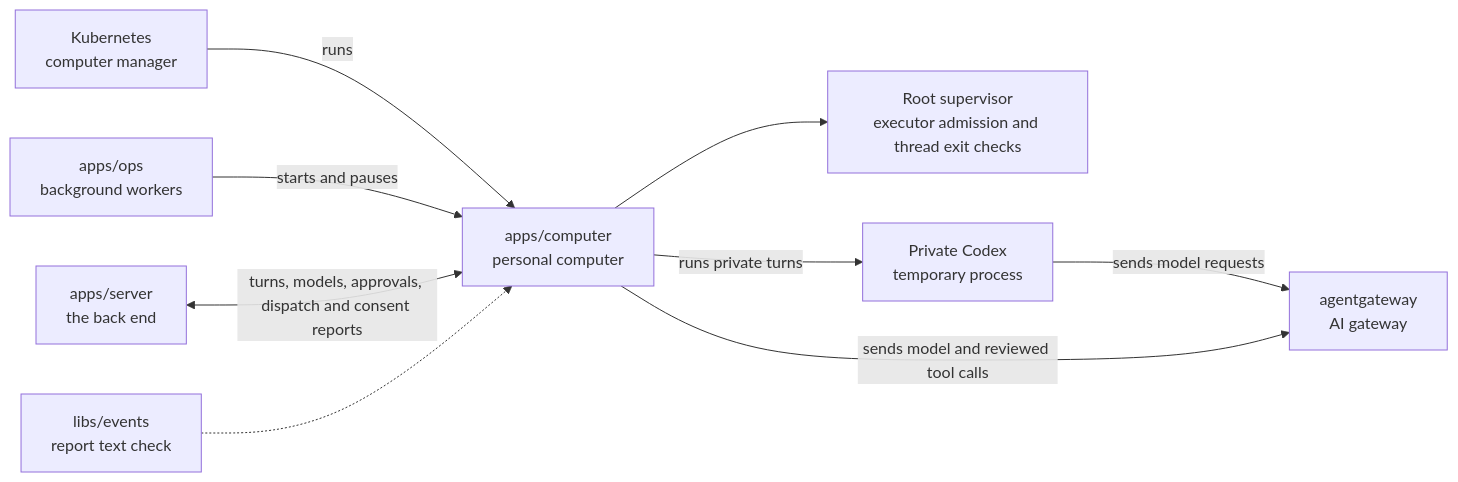
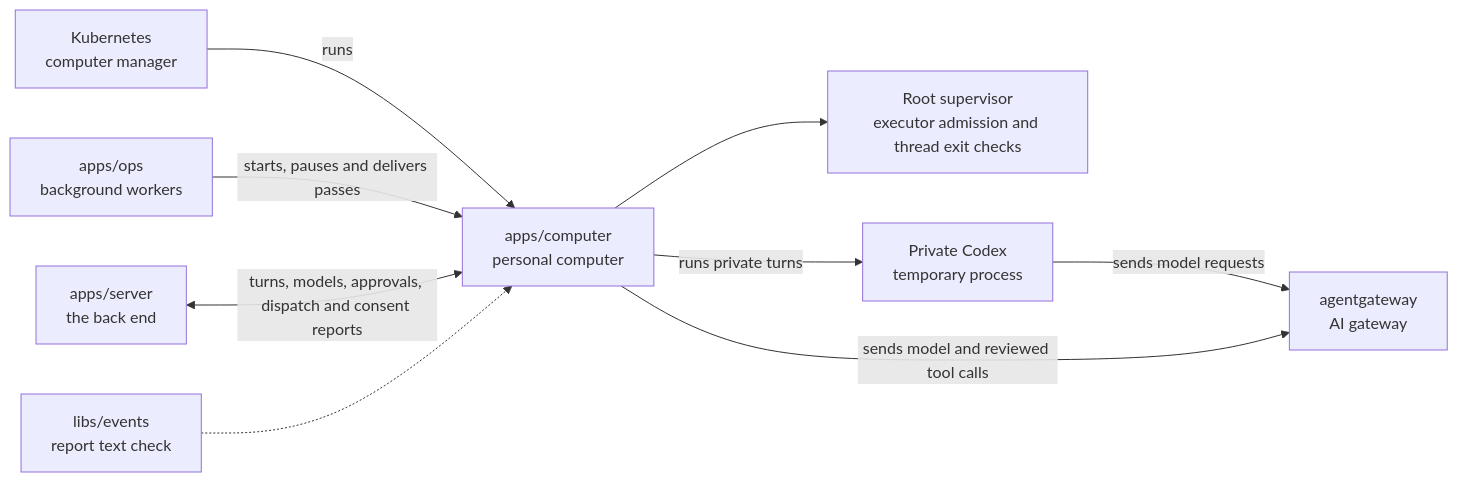
The diagram in apps/computer/README.md (elewa-git/opencrane-new), drawn with Mermaid before and after one commit. The commit also changed other lines of this file and 19 other files, not shown here.

````diff
--- a/apps/computer/README.md
+++ b/apps/computer/README.md
@@ -15,11 +15,11 @@
 ```mermaid
 flowchart LR
   kube["Kubernetes<br/>computer manager"] -->|runs| computer["apps/computer<br/>personal computer"]
-  ops["apps/ops<br/>background workers"] -->|starts and pauses| computer
+  ops["apps/ops<br/>background workers"] -->|starts, pauses and delivers passes| computer
   server["apps/server<br/>the back end"] <-->|turns, models, approvals, dispatch and consent reports| computer
   events["libs/events<br/>report text check"] -.-> computer
   computer --> supervisor["Root supervisor<br/>executor admission and thread exit checks"]
   computer -->|runs private turns| private["Private Codex<br/>temporary process"]
   private -->|sends model requests| gateway
   computer -->|sends model and reviewed tool calls| gateway["agentgateway<br/>AI gateway"]
 ```
````
